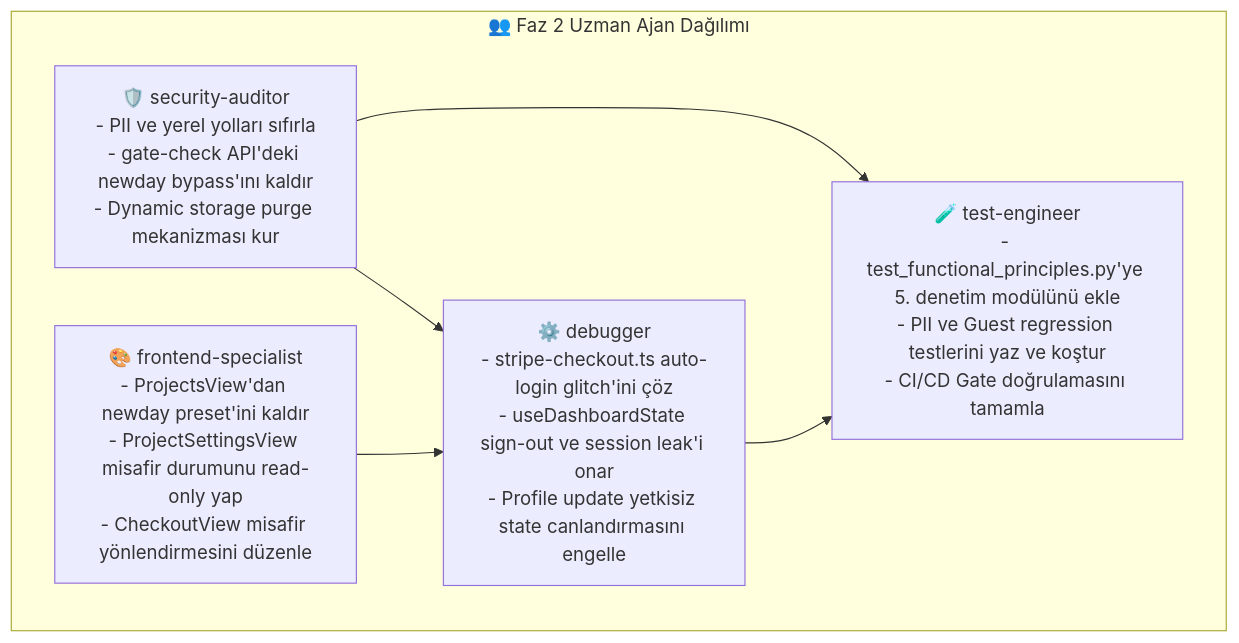
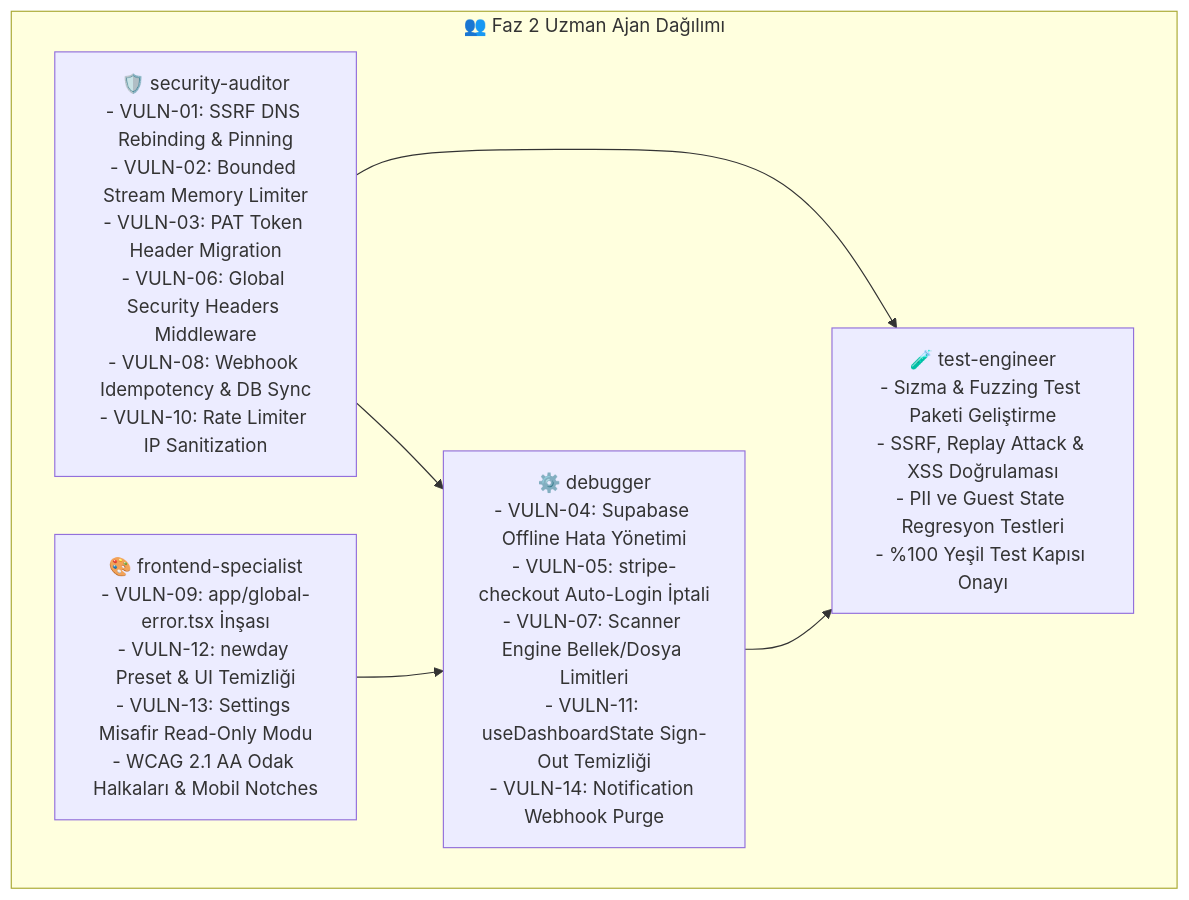
Before and after one commit to BedirhanElibol/shipguard-saas: the fourth of 4 diagrams in docs/PLAN.md, drawn with Mermaid. The commit also changed other lines of this file and 18 other files, not shown here.

First line of the commit message:
fix(security): complete VULN-01 through VULN-15 audit remediation

````diff
--- a/docs/PLAN.md
+++ b/docs/PLAN.md
@@ -238,14 +258,14 @@
 ```mermaid
 flowchart TD
     subgraph Phase2Workforce ["👥 Faz 2 Uzman Ajan Dağılımı"]
-        SA["🛡️ security-auditor<br/>- PII ve yerel yolları sıfırla<br/>- gate-check API'deki newday bypass'ını kaldır<br/>- Dynamic storage purge mekanizması kur"]
-        FE["🎨 frontend-specialist<br/>- ProjectsView'dan newday preset'ini kaldır<br/>- ProjectSettingsView misafir durumunu read-only yap<br/>- CheckoutView misafir yönlendirmesini düzenle"]
-        DBG["⚙️ debugger<br/>- stripe-checkout.ts auto-login glitch'ini çöz<br/>- useDashboardState sign-out ve session leak'i onar<br/>- Profile update yetkisiz state canlandırmasını engelle"]
-        TE["🧪 test-engineer<br/>- test_functional_principles.py'ye 5. denetim modülünü ekle<br/>- PII ve Guest regression testlerini yaz ve koştur<br/>- CI/CD Gate doğrulamasını tamamla"]
+        SA["🛡️ security-auditor<br/>- VULN-01: SSRF DNS Rebinding & Pinning<br/>- VULN-02: Bounded Stream Memory Limiter<br/>- VULN-03: PAT Token Header Migration<br/>- VULN-06: Global Security Headers Middleware<br/>- VULN-08: Webhook Idempotency & DB Sync<br/>- VULN-10: Rate Limiter IP Sanitization"]
+        FE["🎨 frontend-specialist<br/>- VULN-09: app/global-error.tsx İnşası<br/>- VULN-12: newday Preset & UI Temizliği<br/>- VULN-13: Settings Misafir Read-Only Modu<br/>- WCAG 2.1 AA Odak Halkaları & Mobil Notches"]
+        DBG["⚙️ debugger<br/>- VULN-04: Supabase Offline Hata Yönetimi<br/>- VULN-05: stripe-checkout Auto-Login İptali<br/>- VULN-07: Scanner Engine Bellek/Dosya Limitleri<br/>- VULN-11: useDashboardState Sign-Out Temizliği<br/>- VULN-14: Notification Webhook Purge"]
+        TE["🧪 test-engineer<br/>- Sızma & Fuzzing Test Paketi Geliştirme<br/>- SSRF, Replay Attack & XSS Doğrulaması<br/>- PII ve Guest State Regresyon Testleri<br/>- %100 Yeşil Test Kapısı Onayı"]
     end
 
     SA --> DBG
     FE --> DBG
     DBG --> TE
     SA --> TE
 ```
````
